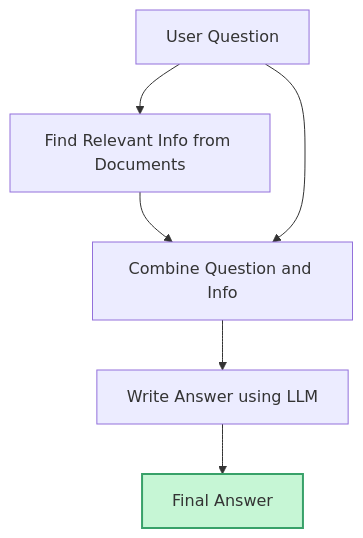
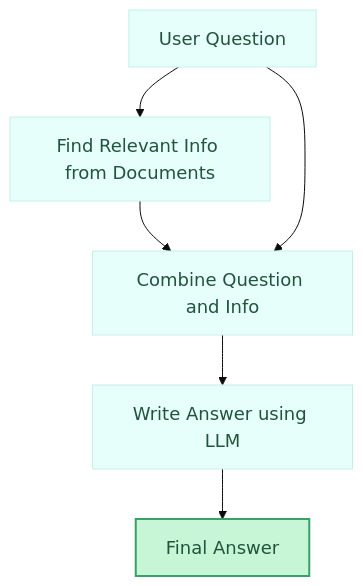
The diagram in _posts/2025-06-08-getting-started-with-llms-and-rag-llm-zoomcamp-week1.md (nhatminh2947/nhatminh2947.github.io), drawn with Mermaid before and after one commit. The commit also changed other lines of this file and 6 other files, not shown here.

Commit message:
fix mermaid display issue

````diff
--- a/_posts/2025-06-08-getting-started-with-llms-and-rag-llm-zoomcamp-week1.md
+++ b/_posts/2025-06-08-getting-started-with-llms-and-rag-llm-zoomcamp-week1.md
@@ -56,15 +55,16 @@
 ```mermaid
+%%{init: {"theme":"base", "themeVariables": { "primaryColor": "#e6fffa", "primaryTextColor": "#22543d", "fontSize": "18px", "edgeLabelBackground":"#ffffff" }}}%%
 flowchart TD
     User[User Question]
     Retrieve[Find Relevant Info from Documents]
     Combine[Combine Question and Info]
     Generate[Write Answer using LLM]
     Answer[Final Answer]
 
     User --> Retrieve
     Retrieve --> Combine
     User --> Combine
     Combine --> Generate
     Generate --> Answer
     style Answer fill:#c6f6d5,stroke:#38a169,stroke-width:2px
 ```
````
